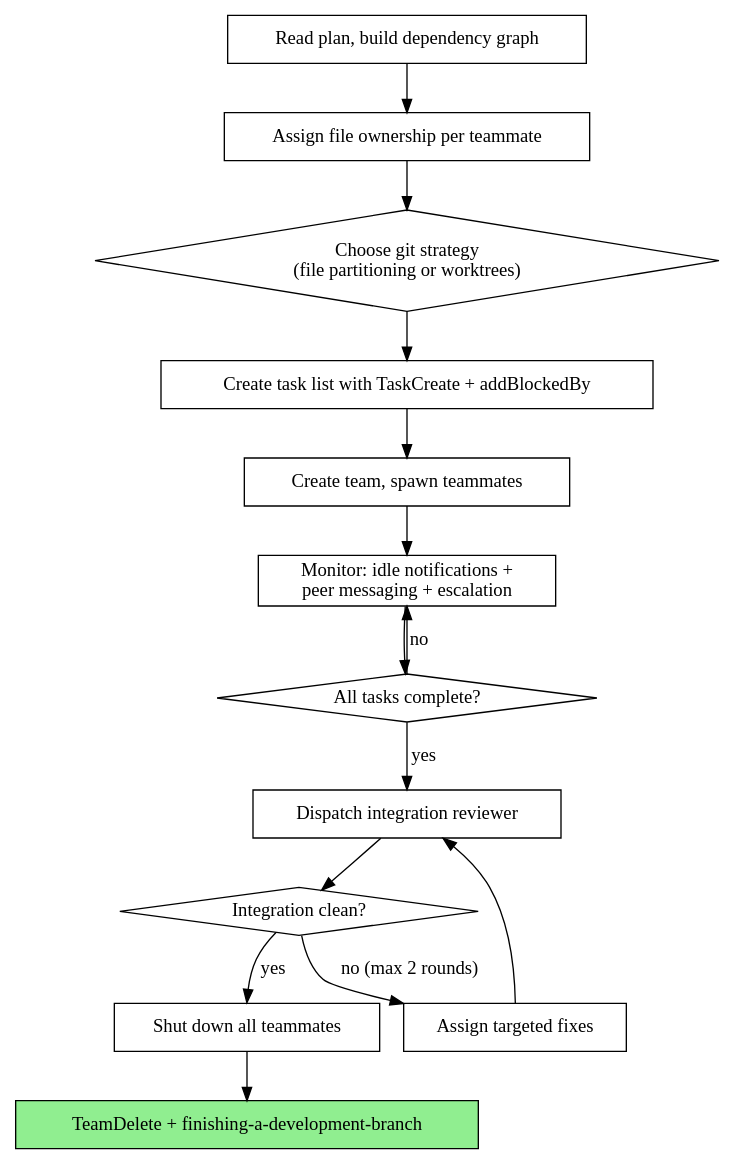
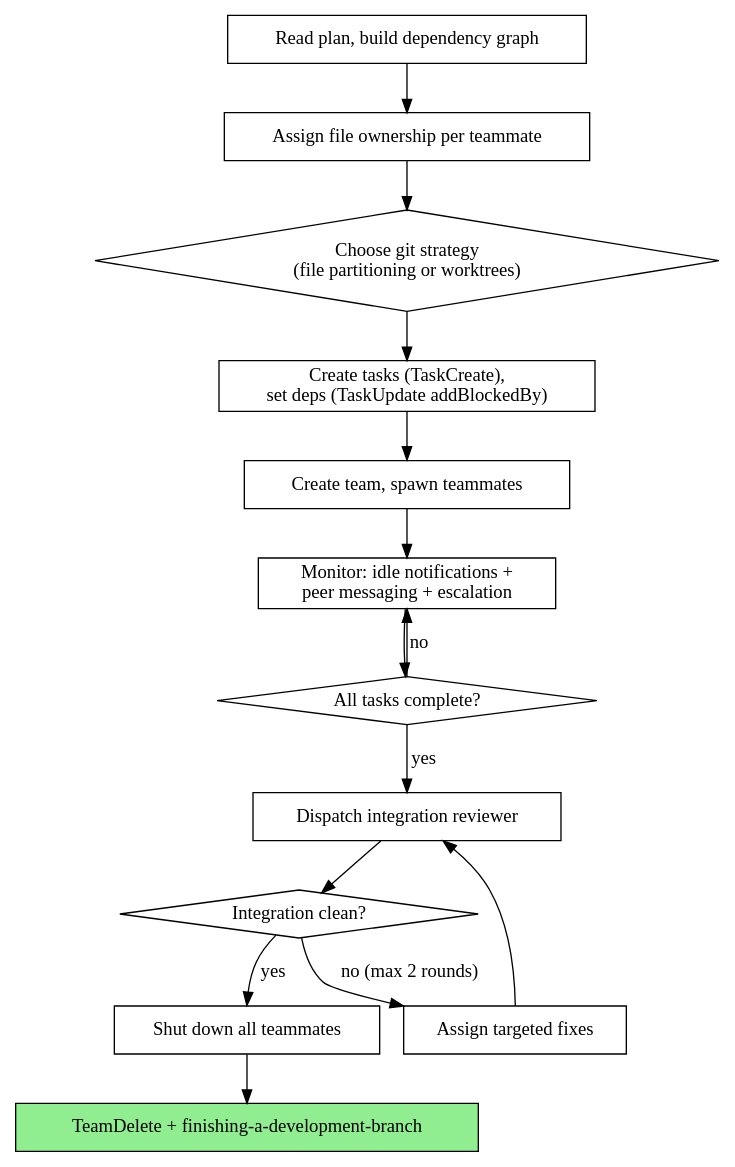
One commit to sharankarthikyan/superpowers changed the second of 2 diagrams in skills/team-driven-development/SKILL.md. Above: the diagram before and after it, drawn with Graphviz. The commit also changed other lines of this file and 21 other files, not shown here.

````diff
--- a/skills/team-driven-development/SKILL.md
+++ b/skills/team-driven-development/SKILL.md
@@ -90,32 +90,32 @@
 ```dot
 digraph process {
     rankdir=TB;
 
     "Read plan, build dependency graph" [shape=box];
     "Assign file ownership per teammate" [shape=box];
     "Choose git strategy\n(file partitioning or worktrees)" [shape=diamond];
-    "Create task list with TaskCreate + addBlockedBy" [shape=box];
+    "Create tasks (TaskCreate),\nset deps (TaskUpdate addBlockedBy)" [shape=box];
     "Create team, spawn teammates" [shape=box];
     "Monitor: idle notifications +\npeer messaging + escalation" [shape=box];
     "All tasks complete?" [shape=diamond];
     "Dispatch integration reviewer" [shape=box];
     "Integration clean?" [shape=diamond];
     "Assign targeted fixes" [shape=box];
     "Shut down all teammates" [shape=box];
     "TeamDelete + finishing-a-development-branch" [shape=box style=filled fillcolor=lightgreen];
 
     "Read plan, build dependency graph" -> "Assign file ownership per teammate";
     "Assign file ownership per teammate" -> "Choose git strategy\n(file partitioning or worktrees)";
-    "Choose git strategy\n(file partitioning or worktrees)" -> "Create task list with TaskCreate + addBlockedBy";
-    "Create task list with TaskCreate + addBlockedBy" -> "Create team, spawn teammates";
+    "Choose git strategy\n(file partitioning or worktrees)" -> "Create tasks (TaskCreate),\nset deps (TaskUpdate addBlockedBy)";
+    "Create tasks (TaskCreate),\nset deps (TaskUpdate addBlockedBy)" -> "Create team, spawn teammates";
     "Create team, spawn teammates" -> "Monitor: idle notifications +\npeer messaging + escalation";
     "Monitor: idle notifications +\npeer messaging + escalation" -> "All tasks complete?";
     "All tasks complete?" -> "Monitor: idle notifications +\npeer messaging + escalation" [label="no"];
     "All tasks complete?" -> "Dispatch integration reviewer" [label="yes"];
     "Dispatch integration reviewer" -> "Integration clean?";
     "Integration clean?" -> "Shut down all teammates" [label="yes"];
     "Integration clean?" -> "Assign targeted fixes" [label="no (max 2 rounds)"];
     "Assign targeted fixes" -> "Dispatch integration reviewer";
     "Shut down all teammates" -> "TeamDelete + finishing-a-development-branch";
 }
 ```
````
